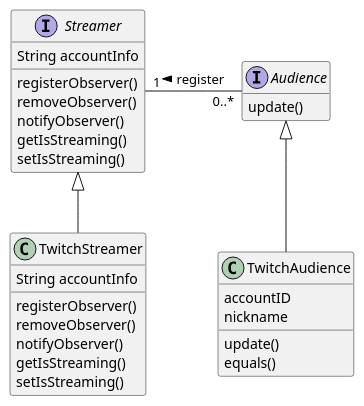
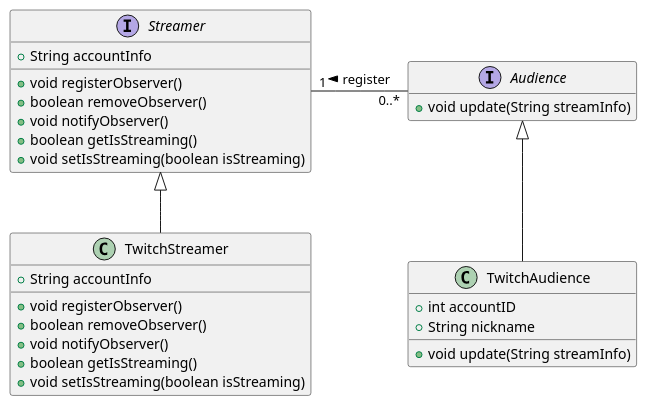
Before and after one commit to gama79530/DesignPattern: the diagram in ObserverPattern/example.puml, drawn with PlantUML. The commit also changed 7 other files, not shown here.

```diff
--- a/ObserverPattern/example.puml
+++ b/ObserverPattern/example.puml
@@ -1,39 +1,38 @@
 @startuml example
 hide empty members
 
 
 interface Streamer{
-    String accountInfo
-    registerObserver()
-    removeObserver()
-    notifyObserver()
-    getIsStreaming()
-    setIsStreaming()
+    + String accountInfo
+    + void registerObserver()
+    + boolean removeObserver()
+    + void notifyObserver()
+    + boolean getIsStreaming()
+    + void setIsStreaming(boolean isStreaming)
 }
 
 interface Audience{
-    update()
+    + void update(String streamInfo)
 }
 
 class TwitchStreamer{
-    String accountInfo
-    registerObserver()
-    removeObserver()
-    notifyObserver()
-    getIsStreaming()
-    setIsStreaming()
+    + String accountInfo
+    + void registerObserver()
+    + boolean removeObserver()
+    + void notifyObserver()
+    + boolean getIsStreaming()
+    + void setIsStreaming(boolean isStreaming)
 }
 
 class TwitchAudience{
-    accountID
-    nickname
-    update()
-    equals()
+    + int accountID
+    + String nickname
+    + void update(String streamInfo)
 }
 
 Streamer <|-- TwitchStreamer
 Audience <|-- TwitchAudience
 
 Streamer "1" - "0..*" Audience : < register 
 
 @enduml
```
